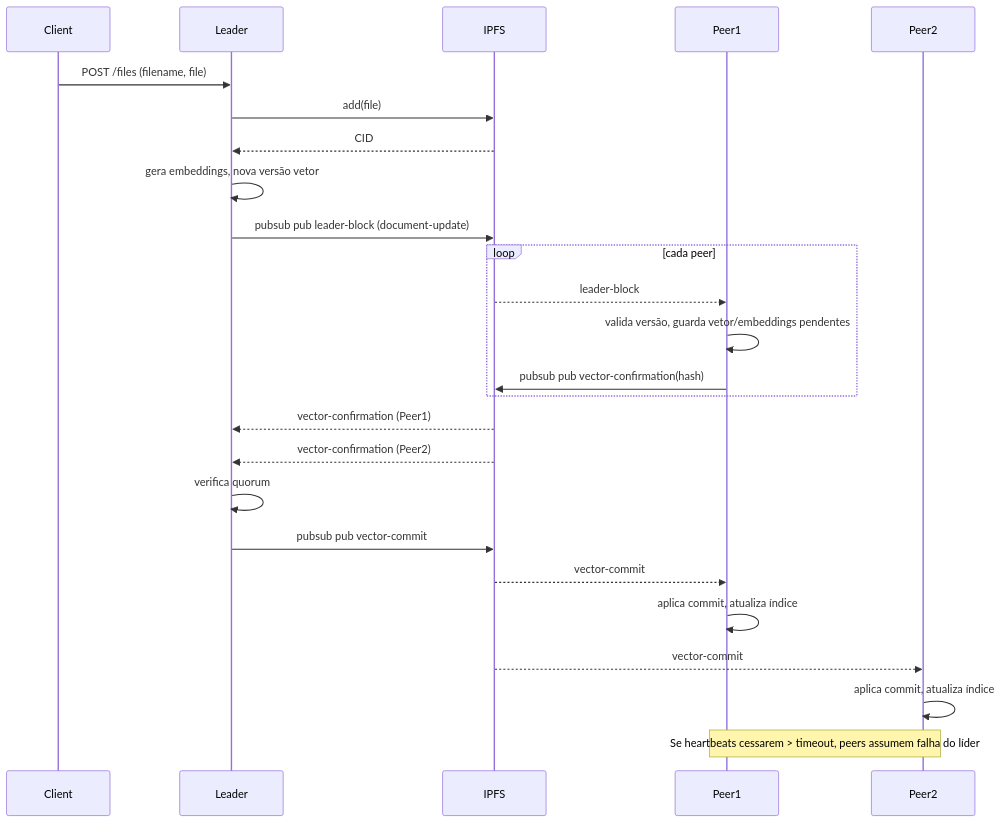
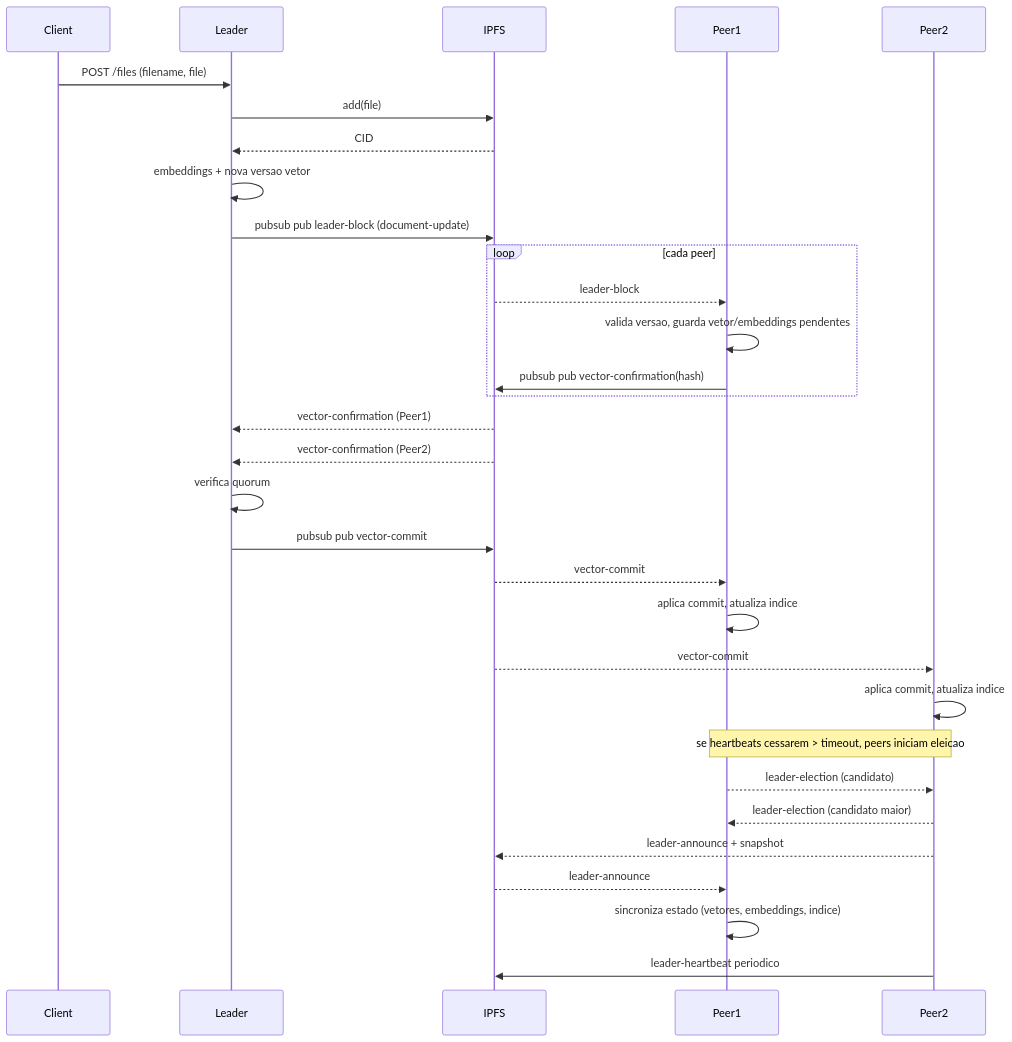
Before and after one commit to fhcolaco/SDt: the second of 2 diagrams in docs/architecture.md, drawn with Mermaid. The commit also changed other lines of this file and 2 other files, not shown here.

````diff
--- a/docs/architecture.md
+++ b/docs/architecture.md
@@ -48,28 +60,34 @@
 ```mermaid
 sequenceDiagram
   participant Client
   participant Leader
   participant IPFS
   participant Peer1
   participant Peer2
 
   Client->>Leader: POST /files (filename, file)
   Leader->>IPFS: add(file)
   IPFS-->>Leader: CID
-  Leader->>Leader: gera embeddings, nova versão vetor
+  Leader->>Leader: embeddings + nova versao vetor
   Leader->>IPFS: pubsub pub leader-block (document-update)
   loop cada peer
     IPFS-->>Peer1: leader-block
-    Peer1->>Peer1: valida versão, guarda vetor/embeddings pendentes
+    Peer1->>Peer1: valida versao, guarda vetor/embeddings pendentes
     Peer1->>IPFS: pubsub pub vector-confirmation(hash)
   end
   IPFS-->>Leader: vector-confirmation (Peer1)
   IPFS-->>Leader: vector-confirmation (Peer2)
   Leader->>Leader: verifica quorum
   Leader->>IPFS: pubsub pub vector-commit
   IPFS-->>Peer1: vector-commit
-  Peer1->>Peer1: aplica commit, atualiza índice
+  Peer1->>Peer1: aplica commit, atualiza indice
   IPFS-->>Peer2: vector-commit
-  Peer2->>Peer2: aplica commit, atualiza índice
-  Note over Peer1,Peer2: Se heartbeats cessarem > timeout, peers assumem falha do líder
+  Peer2->>Peer2: aplica commit, atualiza indice
+  Note over Peer1,Peer2: se heartbeats cessarem > timeout, peers iniciam eleicao
+  Peer1-->>Peer2: leader-election (candidato)
+  Peer2-->>Peer1: leader-election (candidato maior)
+  Peer2-->>IPFS: leader-announce + snapshot
+  IPFS-->>Peer1: leader-announce
+  Peer1->>Peer1: sincroniza estado (vetores, embeddings, indice)
+  Peer2->>IPFS: leader-heartbeat periodico
 ```
````
